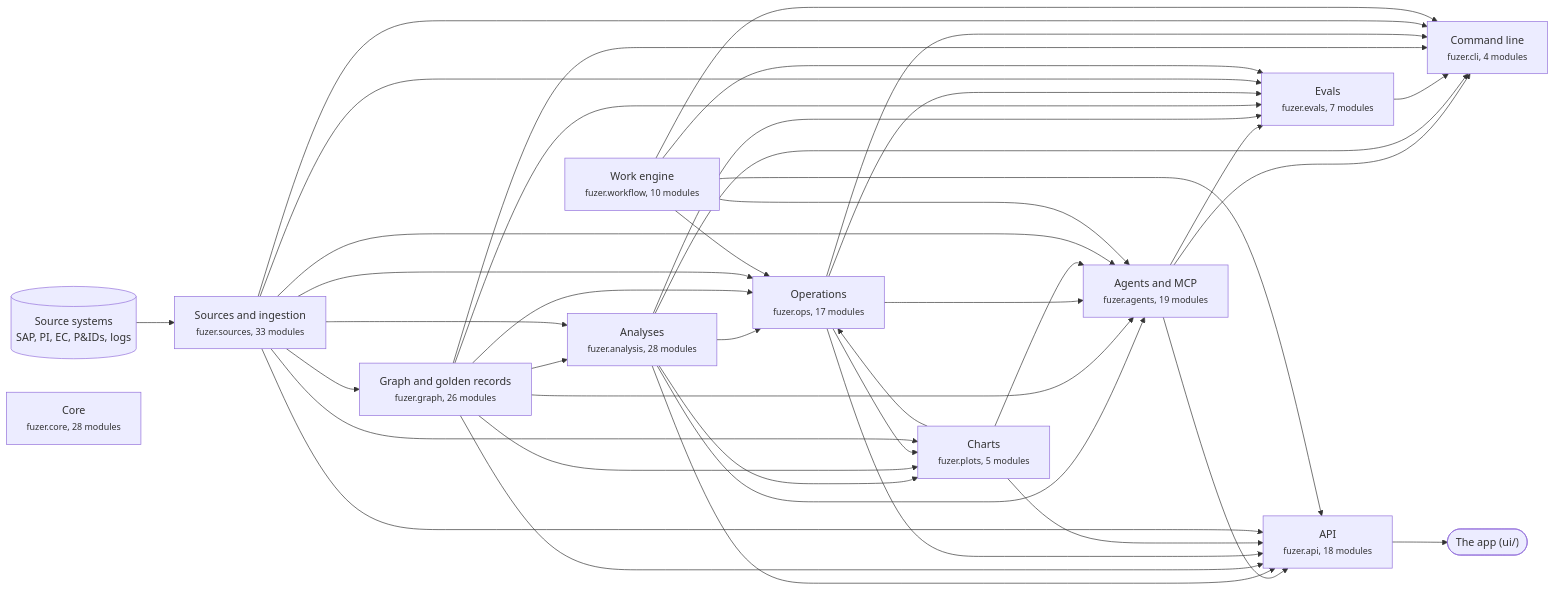
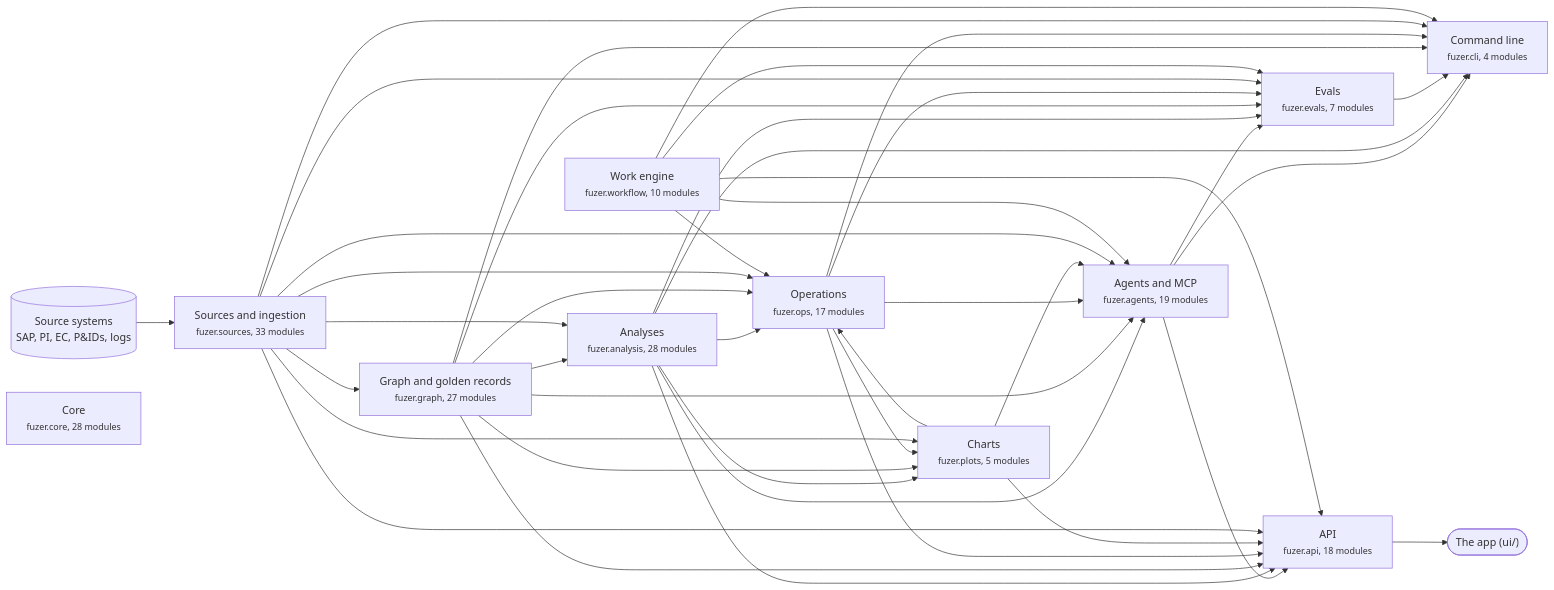
One commit to areed145/fuzer changed the first of 3 diagrams in docs/architecture.md. Above: the diagram before and after it, drawn with Mermaid. The commit also changed other lines of this file and 7 other files, not shown here.

````diff
--- a/docs/architecture.md
+++ b/docs/architecture.md
@@ -8,66 +8,66 @@
 ```mermaid
 flowchart LR
   systems[("Source systems<br>SAP, PI, EC, P&IDs, logs")] --> c_sources
   app(["The app (ui/)"])
   c_api --> app
   c_sources["Sources and ingestion<br><small>fuzer.sources, 33 modules</small>"]
-  c_graph["Graph and golden records<br><small>fuzer.graph, 26 modules</small>"]
+  c_graph["Graph and golden records<br><small>fuzer.graph, 27 modules</small>"]
   c_analysis["Analyses<br><small>fuzer.analysis, 28 modules</small>"]
   c_ops["Operations<br><small>fuzer.ops, 17 modules</small>"]
   c_plots["Charts<br><small>fuzer.plots, 5 modules</small>"]
   c_workflow["Work engine<br><small>fuzer.workflow, 10 modules</small>"]
   c_agents["Agents and MCP<br><small>fuzer.agents, 19 modules</small>"]
   c_evals["Evals<br><small>fuzer.evals, 7 modules</small>"]
   c_api["API<br><small>fuzer.api, 18 modules</small>"]
   c_cli["Command line<br><small>fuzer.cli, 4 modules</small>"]
   c_core["Core<br><small>fuzer.core, 28 modules</small>"]
   c_sources --> c_graph
   c_graph --> c_analysis
   c_sources --> c_analysis
   c_analysis --> c_ops
   c_graph --> c_ops
   c_plots --> c_ops
   c_sources --> c_ops
   c_workflow --> c_ops
   c_analysis --> c_plots
   c_graph --> c_plots
   c_ops --> c_plots
   c_sources --> c_plots
   c_analysis --> c_agents
   c_graph --> c_agents
   c_ops --> c_agents
   c_plots --> c_agents
   c_sources --> c_agents
   c_workflow --> c_agents
   c_agents --> c_evals
   c_analysis --> c_evals
   c_graph --> c_evals
   c_ops --> c_evals
   c_sources --> c_evals
   c_workflow --> c_evals
   c_agents --> c_api
   c_analysis --> c_api
   c_graph --> c_api
   c_ops --> c_api
   c_plots --> c_api
   c_sources --> c_api
   c_workflow --> c_api
   c_agents --> c_cli
   c_analysis --> c_cli
   c_evals --> c_cli
   c_graph --> c_cli
   c_ops --> c_cli
   c_sources --> c_cli
   c_workflow --> c_cli
   click c_sources "https://github.com/areed145/fuzer/tree/main/src/fuzer/sources"
   click c_graph "https://github.com/areed145/fuzer/tree/main/src/fuzer/graph"
   click c_analysis "https://github.com/areed145/fuzer/tree/main/src/fuzer/analysis"
   click c_ops "https://github.com/areed145/fuzer/tree/main/src/fuzer/ops"
   click c_plots "https://github.com/areed145/fuzer/tree/main/src/fuzer/plots"
   click c_workflow "https://github.com/areed145/fuzer/tree/main/src/fuzer/workflow"
   click c_agents "https://github.com/areed145/fuzer/tree/main/src/fuzer/agents"
   click c_evals "https://github.com/areed145/fuzer/tree/main/src/fuzer/evals"
   click c_api "https://github.com/areed145/fuzer/tree/main/src/fuzer/api"
   click c_cli "https://github.com/areed145/fuzer/tree/main/src/fuzer/cli"
   click c_core "https://github.com/areed145/fuzer/tree/main/src/fuzer/core"
 ```
````
